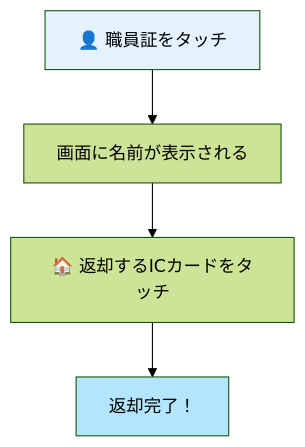
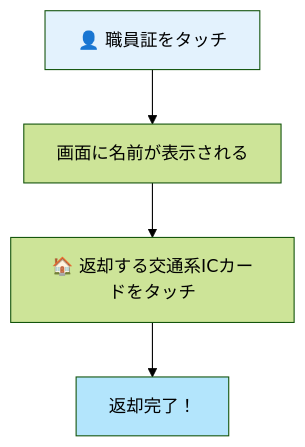
The second of 4 diagrams in ICCardManager/docs/manual/ユーザーマニュアル概要版.md (kuwayamamasayuki/ICCardManager), drawn with Mermaid (forest theme) before and after one commit. The commit also changed other lines of this file and 10 other files, not shown here.

````diff
--- a/ICCardManager/docs/manual/ユーザーマニュアル概要版.md
+++ b/ICCardManager/docs/manual/ユーザーマニュアル概要版.md
@@ -50,9 +50,9 @@
 ```mermaid
 flowchart TD
     A[👤 職員証をタッチ] --> B[画面に名前が表示される]
-    B --> C[🏠 返却するICカードをタッチ]
+    B --> C[🏠 返却する交通系ICカードをタッチ]
     C --> D[返却完了！]
 
     style A fill:#e3f2fd
     style D fill:#b3e5fc
 ```
````
